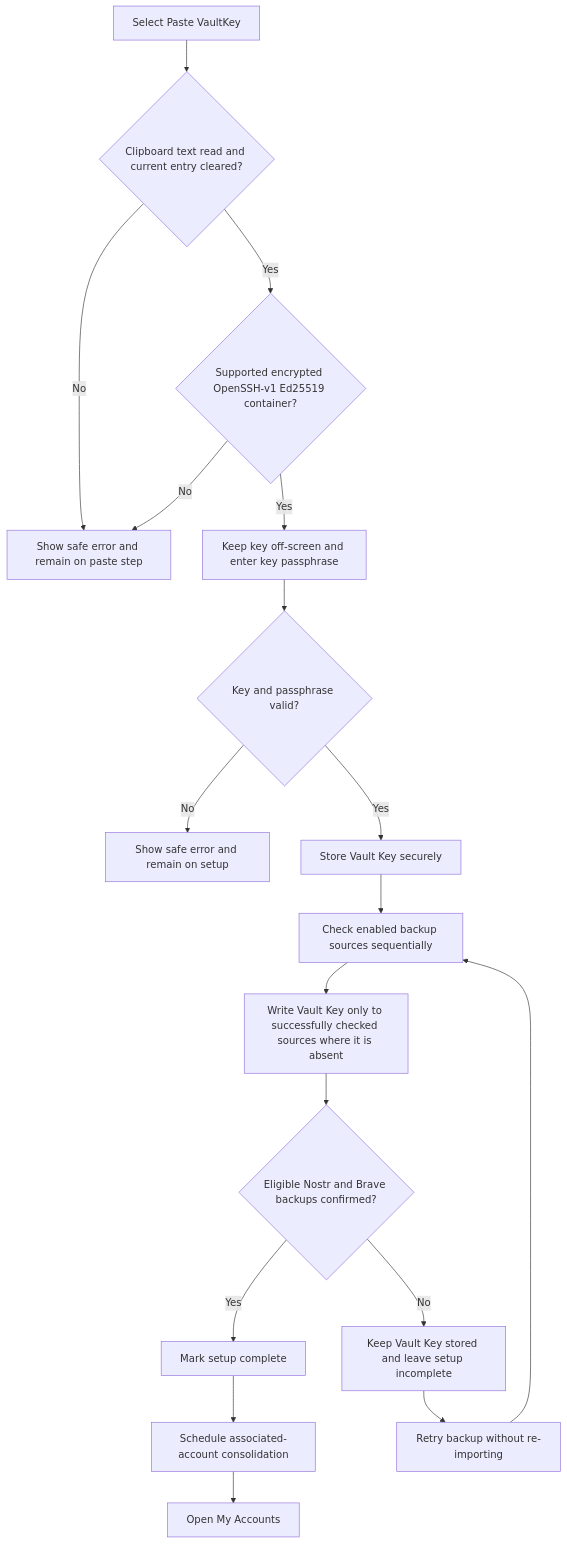
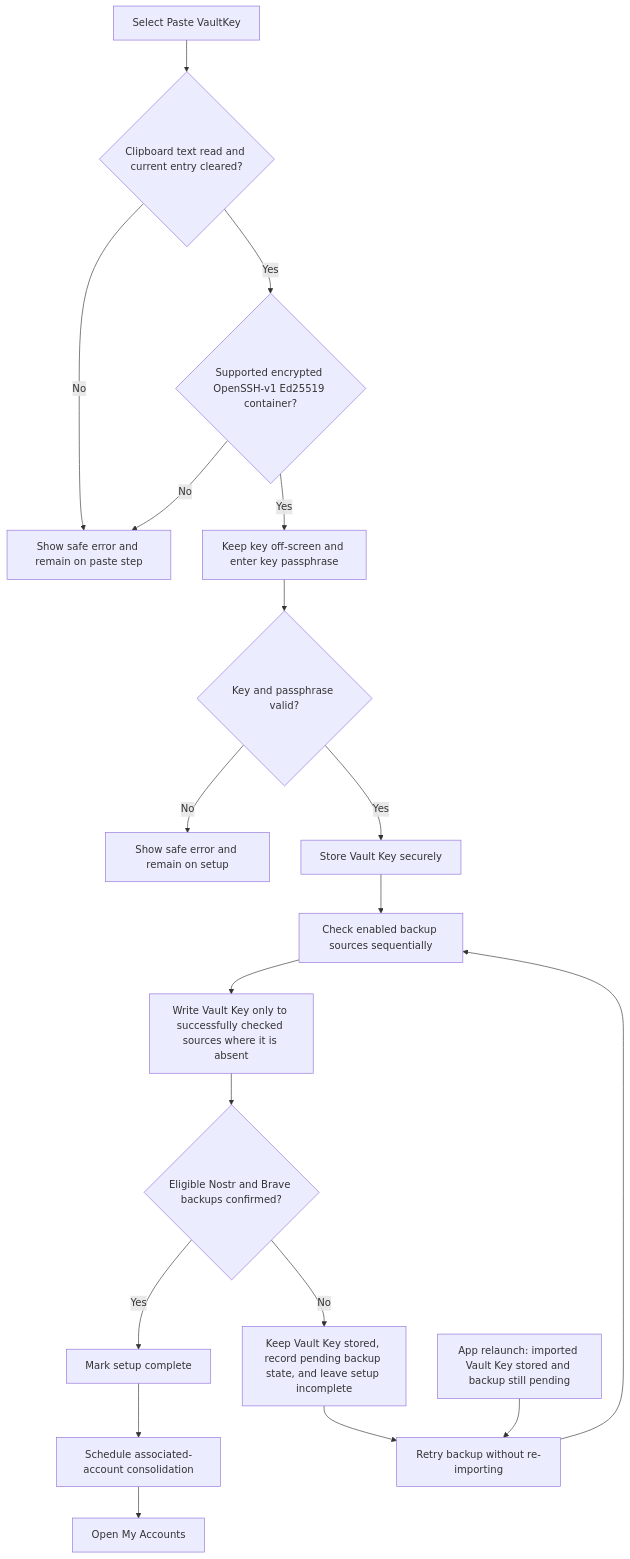
The second of 8 diagrams in docs/stakeholder/flowcharts.md (ZenTenApp/vault-kotlin), drawn with Mermaid before and after one commit. The commit also changed 17 other files, not shown here.

First line of the commit message:
fix(backup): verify Vault Key writes and make setup retry durable

````diff
--- a/docs/stakeholder/flowcharts.md
+++ b/docs/stakeholder/flowcharts.md
@@ -111,20 +111,21 @@
 ```mermaid
 flowchart TD
     Start["Select Paste VaultKey"] --> Clipboard{"Clipboard text read and current entry cleared?"}
     Clipboard -->|No| PasteError["Show safe error and remain on paste step"]
     Clipboard -->|Yes| KeyFormat{"Supported encrypted OpenSSH-v1 Ed25519 container?"}
     KeyFormat -->|No| PasteError
     KeyFormat -->|Yes| Passphrase["Keep key off-screen and enter key passphrase"]
     Passphrase --> Validate{"Key and passphrase valid?"}
     Validate -->|No| Error["Show safe error and remain on setup"]
     Validate -->|Yes| Store["Store Vault Key securely"]
     Store --> Sources["Check enabled backup sources sequentially"]
     Sources --> Missing["Write Vault Key only to successfully checked sources where it is absent"]
     Missing --> Quorum{"Eligible Nostr and Brave backups confirmed?"}
     Quorum -->|Yes| Complete["Mark setup complete"]
     Complete --> Schedule["Schedule associated-account consolidation"]
     Schedule --> Accounts["Open My Accounts"]
-    Quorum -->|No| Incomplete["Keep Vault Key stored and leave setup incomplete"]
+    Quorum -->|No| Incomplete["Keep Vault Key stored, record pending backup state, and leave setup incomplete"]
     Incomplete --> Retry["Retry backup without re-importing"]
     Retry --> Sources
+    Resume["App relaunch: imported Vault Key stored and backup still pending"] --> Retry
 ```
````
